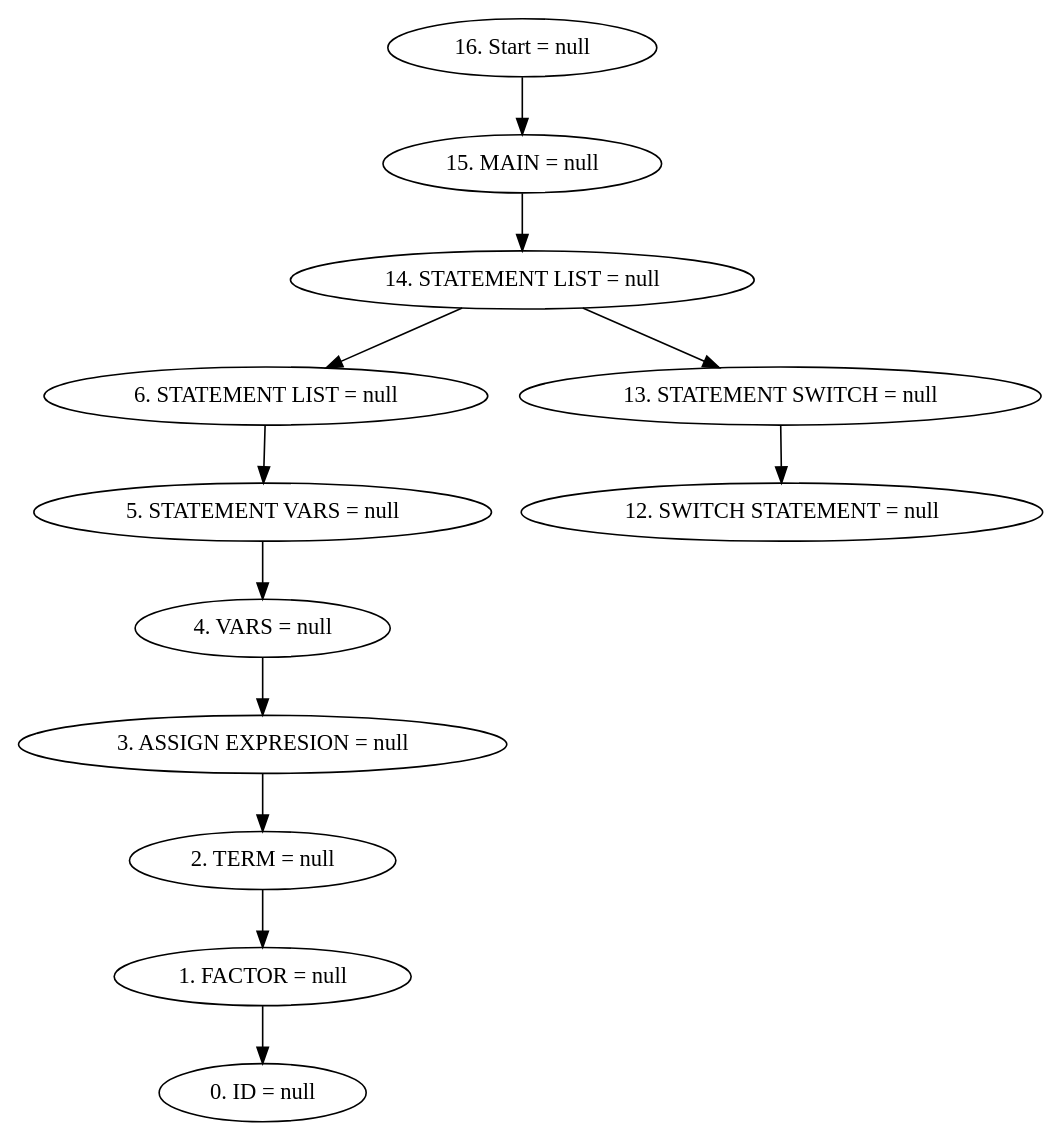
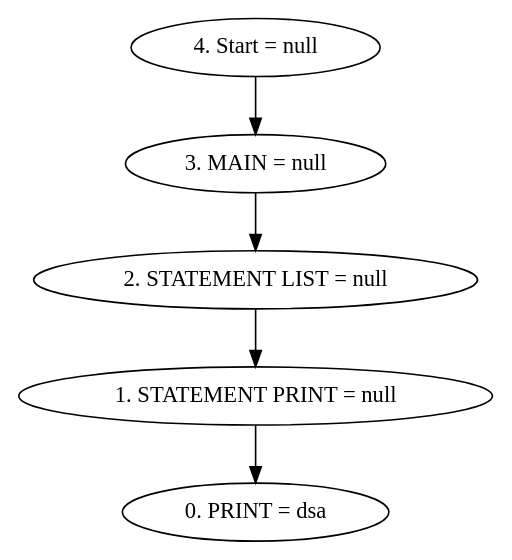
The diagram in Proyecto_Compiladores/ASTfile.dot (Andrew22674/compiladoresI), drawn with Graphviz before and after one commit. The commit also changed 16 other files, not shown here.

```diff
--- a/Proyecto_Compiladores/ASTfile.dot
+++ b/Proyecto_Compiladores/ASTfile.dot
@@ -1,15 +1,8 @@
 digraph G {
-"16. Start = null"->"15. MAIN = null"
-"15. MAIN = null"->"14. STATEMENT LIST = null"
-"14. STATEMENT LIST = null"->"6. STATEMENT LIST = null"
-"6. STATEMENT LIST = null"->"5. STATEMENT VARS = null"
-"5. STATEMENT VARS = null"->"4. VARS = null"
-"4. VARS = null"->"3. ASSIGN EXPRESION = null"
-"3. ASSIGN EXPRESION = null"->"2. TERM = null"
-"2. TERM = null"->"1. FACTOR = null"
-"1. FACTOR = null"->"0. ID = null"
-"14. STATEMENT LIST = null"->"13. STATEMENT SWITCH = null"
-"13. STATEMENT SWITCH = null"->"12. SWITCH STATEMENT = null"
+"4. Start = null"->"3. MAIN = null"
+"3. MAIN = null"->"2. STATEMENT LIST = null"
+"2. STATEMENT LIST = null"->"1. STATEMENT PRINT = null"
+"1. STATEMENT PRINT = null"->"0. PRINT = dsa"
 
 
 }
```
